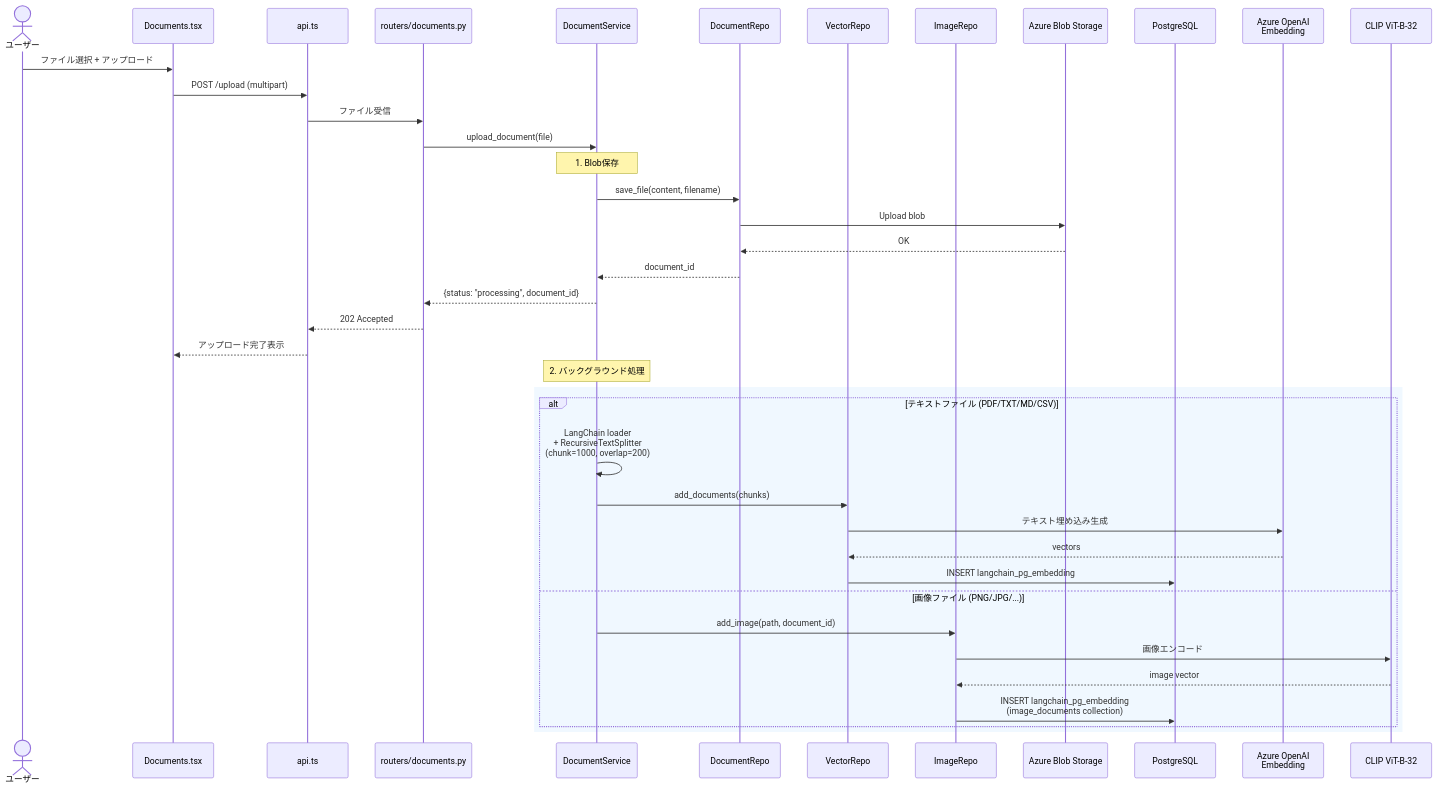
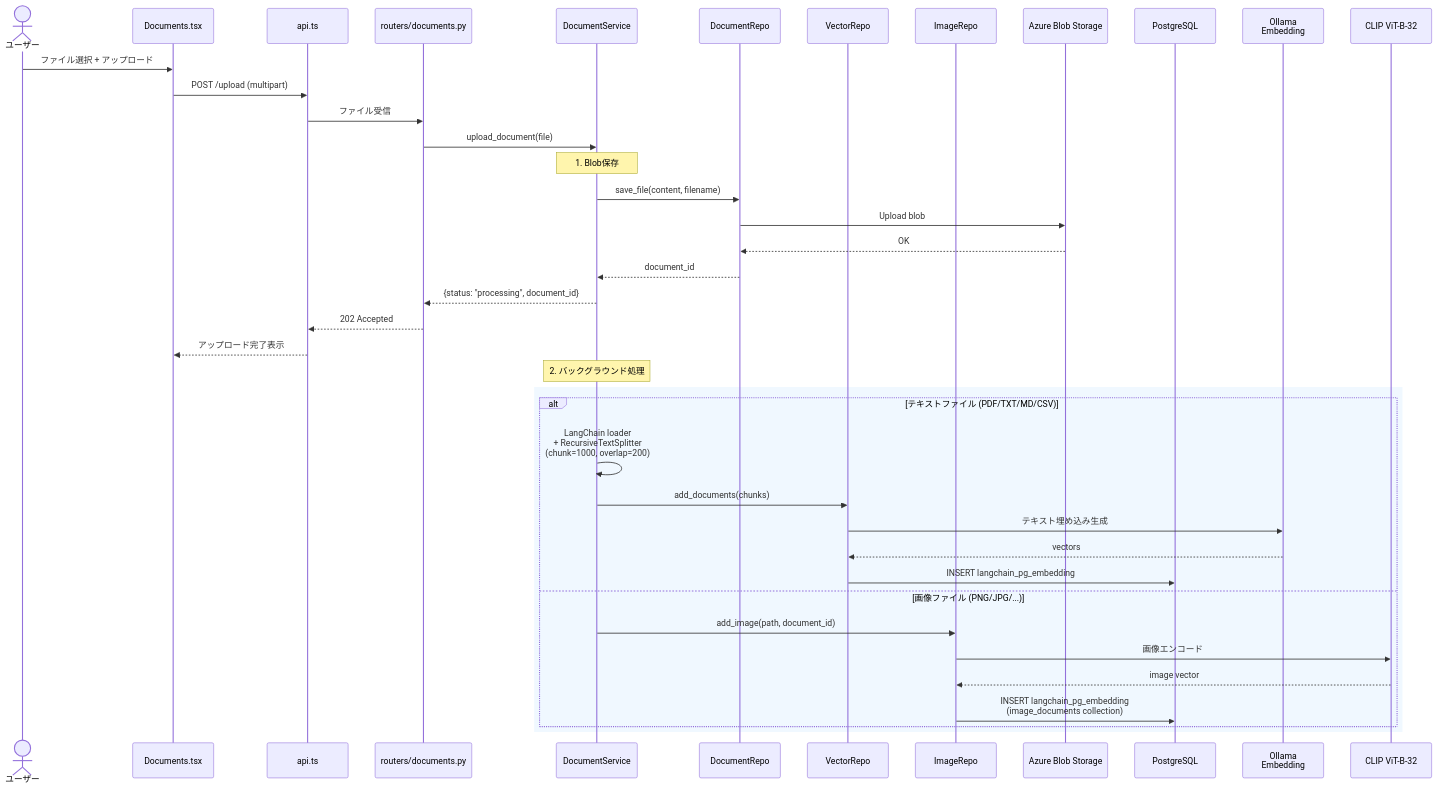
Before and after one commit to kazuharayama/chat-sandbox: the third of 5 diagrams in docs/architecture-flow.md, drawn with Mermaid. The commit also changed other lines of this file and 8 other files, not shown here.

````diff
--- a/docs/architecture-flow.md
+++ b/docs/architecture-flow.md
@@ -215,47 +215,47 @@
 ```mermaid
 sequenceDiagram
     actor User as ユーザー
     participant Docs as Documents.tsx
     participant API as api.ts
     participant Router as routers/documents.py
     participant Svc as DocumentService
     participant BlobRepo as DocumentRepo
     participant VecRepo as VectorRepo
     participant ImgRepo as ImageRepo
     participant Blob as Azure Blob Storage
     participant PG as PostgreSQL
-    participant Embed as Azure OpenAI<br/>Embedding
+    participant Embed as Ollama<br/>Embedding
     participant CLIP as CLIP ViT-B-32
 
     User->>Docs: ファイル選択 + アップロード
     Docs->>API: POST /upload (multipart)
     API->>Router: ファイル受信
 
     Router->>Svc: upload_document(file)
 
     Note over Svc: 1. Blob保存
     Svc->>BlobRepo: save_file(content, filename)
     BlobRepo->>Blob: Upload blob
     Blob-->>BlobRepo: OK
     BlobRepo-->>Svc: document_id
 
     Svc-->>Router: {status: "processing", document_id}
     Router-->>API: 202 Accepted
     API-->>Docs: アップロード完了表示
 
     Note over Svc: 2. バックグラウンド処理
     rect rgb(240, 248, 255)
         alt テキストファイル (PDF/TXT/MD/CSV)
             Svc->>Svc: LangChain loader<br/>+ RecursiveTextSplitter<br/>(chunk=1000, overlap=200)
             Svc->>VecRepo: add_documents(chunks)
             VecRepo->>Embed: テキスト埋め込み生成
             Embed-->>VecRepo: vectors
             VecRepo->>PG: INSERT langchain_pg_embedding
         else 画像ファイル (PNG/JPG/...)
             Svc->>ImgRepo: add_image(path, document_id)
             ImgRepo->>CLIP: 画像エンコード
             CLIP-->>ImgRepo: image vector
             ImgRepo->>PG: INSERT langchain_pg_embedding<br/>(image_documents collection)
         end
     end
 ```
````
